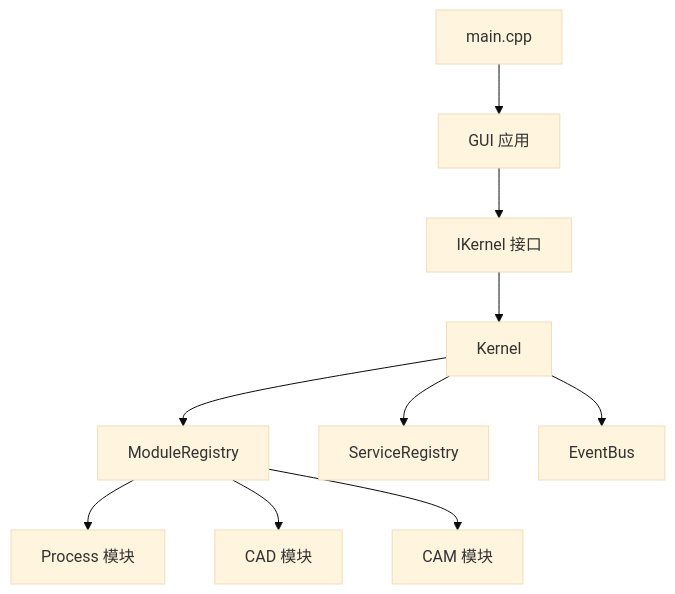
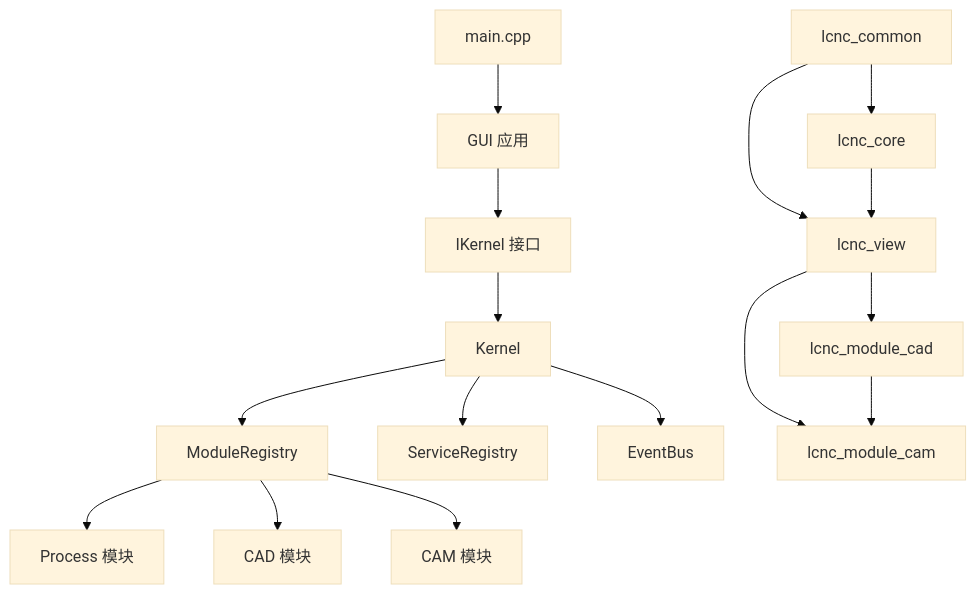
The ninth of 9 diagrams in .qoder/repowiki/zh/content/架构设计/微内核架构.md (super1wang/LaserCNCv1.0), drawn with Mermaid (base theme) before and after one commit. The commit also changed other lines of this file and 23 other files, not shown here.

````diff
--- a/.qoder/repowiki/zh/content/架构设计/微内核架构.md
+++ b/.qoder/repowiki/zh/content/架构设计/微内核架构.md
@@ -346,12 +457,18 @@
 ```mermaid
 graph TB
 MAIN["main.cpp"] --> GUI["GUI 应用"]
 GUI --> IK["IKernel 接口"]
 IK --> K["Kernel"]
 K --> MR["ModuleRegistry"]
 K --> SR["ServiceRegistry"]
 K --> EB["EventBus"]
 MR --> PM["Process 模块"]
 MR --> CAD["CAD 模块"]
 MR --> CAM["CAM 模块"]
+LCNC_COMMON["lcnc_common"] --> LCNC_CORE["lcnc_core"]
+LCNC_COMMON --> LCNC_VIEW["lcnc_view"]
+LCNC_CORE --> LCNC_VIEW
+LCNC_VIEW --> LCNC_MODULE_CAD["lcnc_module_cad"]
+LCNC_VIEW --> LCNC_MODULE_CAM["lcnc_module_cam"]
+LCNC_MODULE_CAD --> LCNC_MODULE_CAM
 ```
````
